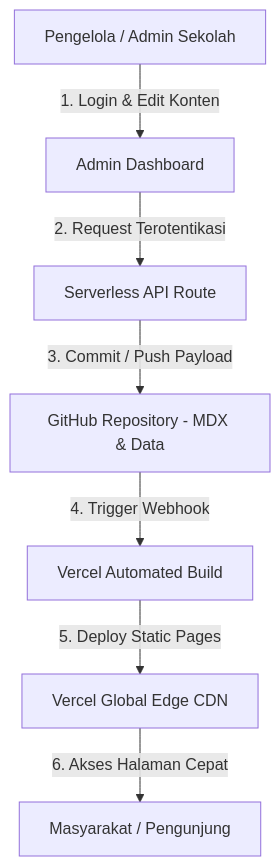
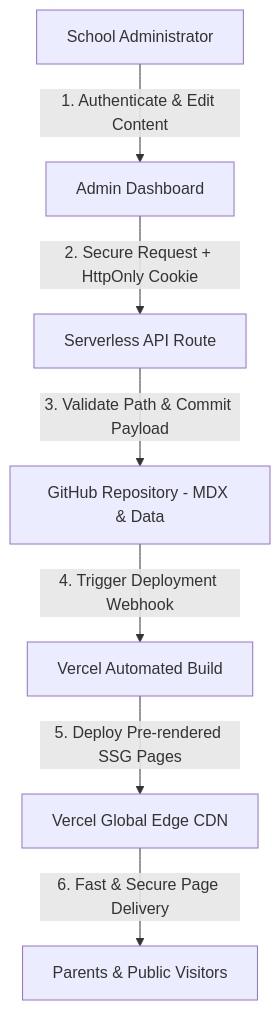
The diagram in README.md (mustafidh08/Web-SLB-Tunas-Harapan-Samarinda), drawn with Mermaid before and after one commit. The commit also changed other lines of this file and 5 other files, not shown here.

Commit message:
Security: Implement OWASP remediation (3 max login attempts, HttpOnly cookie auth, server path restriction) & update README to English

````diff
--- a/README.md
+++ b/README.md
@@ -47,9 +66,9 @@
 ```mermaid
 graph TD
-    A[Pengelola / Admin Sekolah] -->|1. Login & Edit Konten| B[Admin Dashboard]
-    B -->|2. Request Terotentikasi| C[Serverless API Route]
-    C -->|3. Commit / Push Payload| D[GitHub Repository - MDX & Data]
-    D -->|4. Trigger Webhook| E[Vercel Automated Build]
-    E -->|5. Deploy Static Pages| F[Vercel Global Edge CDN]
-    F -->|6. Akses Halaman Cepat| G[Masyarakat / Pengunjung]
+    A[School Administrator] -->|1. Authenticate & Edit Content| B[Admin Dashboard]
+    B -->|2. Secure Request + HttpOnly Cookie| C[Serverless API Route]
+    C -->|3. Validate Path & Commit Payload| D[GitHub Repository - MDX & Data]
+    D -->|4. Trigger Deployment Webhook| E[Vercel Automated Build]
+    E -->|5. Deploy Pre-rendered SSG Pages| F[Vercel Global Edge CDN]
+    F -->|6. Fast & Secure Page Delivery| G[Parents & Public Visitors]
 ```
````
